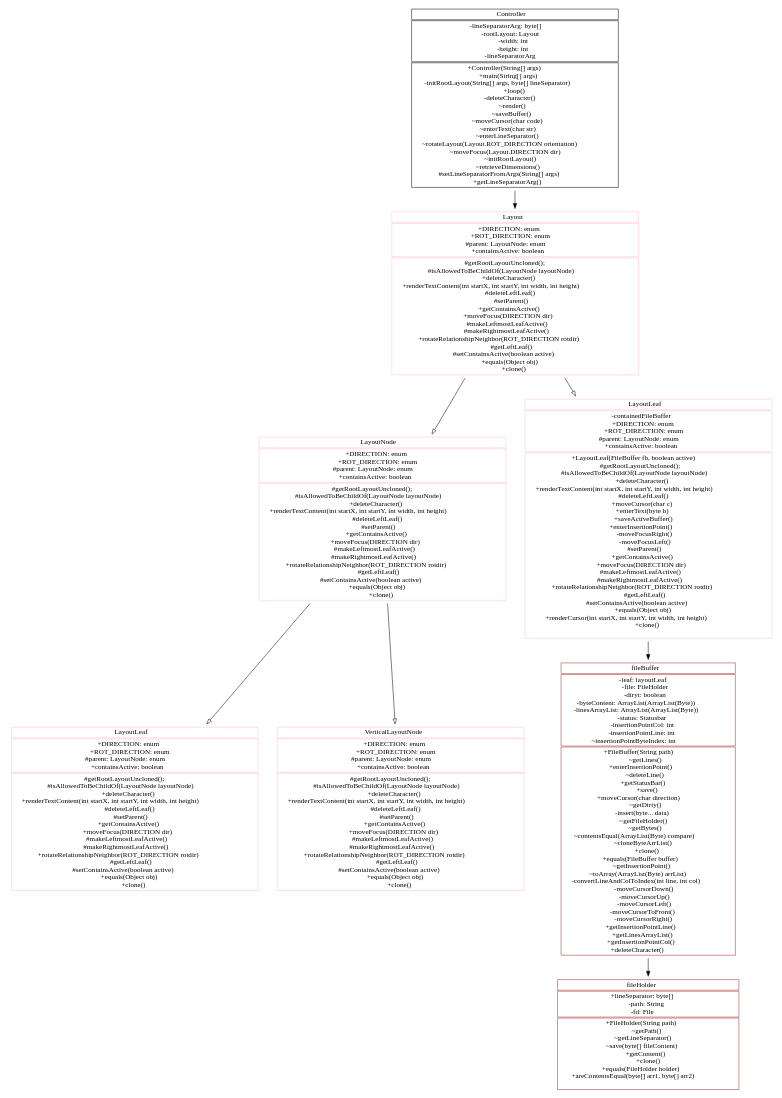
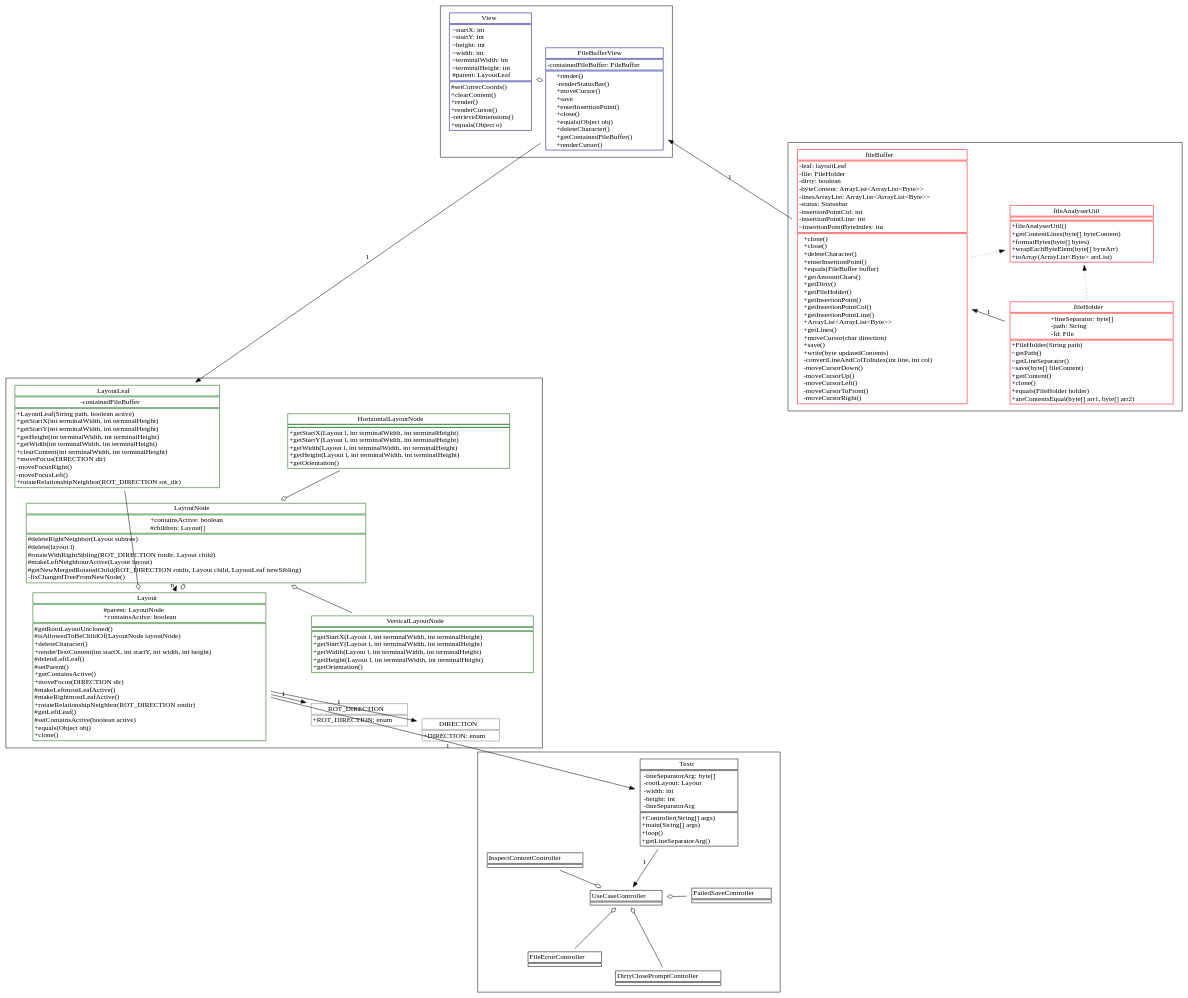
The diagram in diagrams/iteration1/class.dot (mikolaj33300/swop_textr), drawn with Graphviz before and after one commit. The commit also changed 6 other files, not shown here.

Commit message:
add: diagrams from main

```diff
--- a/diagrams/iteration1/class.dot
+++ b/diagrams/iteration1/class.dot
@@ -1,217 +1,287 @@
 digraph {
   node[shape=none]
+  comment="class Diagram"
+  layout=fdp
+  sep=0.1
+  edge[labelfontsize=20]
+  overlap=false
+  //splines=true
 
-  Layout[color=pink, label=<<table BORDER="0" CELLBORDER="1">
-    <tr><td>Layout</td></tr>
-    <tr><td>+DIRECTION: enum<br/>
-      +ROT_DIRECTION: enum<br/>
-      #parent: LayoutNode: enum<br/>
-      +containsActive: boolean</td></tr>
-    <tr><td>#getRootLayoutUncloned();<br/>
-      #isAllowedToBeChildOf(LayoutNode layoutNode)<br/>
-      +deleteCharacter()<br/>
-      +renderTextContent(int startX, int startY, int width, int height)<br/>
-      #deleteLeftLeaf()<br/>
-      #setParent()<br/>
-      +getContainsActive()<br/>
-      +moveFocus(DIRECTION dir)<br/>
-      #makeLeftmostLeafActive()<br/>
-      #makeRightmostLeafActive()<br/>
-      +rotateRelationshipNeighbor(ROT_DIRECTION rotdir)<br/>
-      #getLeftLeaf()<br/>
-      #setContainsActive(boolean active)<br/>
-      +equals(Object obj)<br/>
-      +clone()</td></tr>
-    </table>>]
+subgraph clusterlayout {
+rank=same
+Layout[color=darkgreen, label=<<table BORDER="0" CELLBORDER="1"><tr><td BALIGN="LEFT">
+Layout
+</td></tr><tr><td BALIGN="LEFT">
+#parent: LayoutNode<br ALIGN="LEFT"/>
++containsActive: boolean
+</td></tr><tr><td BALIGN="LEFT">
+#getRootLayoutUncloned()<br ALIGN="LEFT"/>
+#isAllowedToBeChildOf(LayoutNode layoutNode)<br ALIGN="LEFT"/>
++deleteCharacter()<br ALIGN="LEFT"/>
++renderTextContent(int startX, int startY, int width, int height)<br ALIGN="LEFT"/> 
+#deleteLeftLeaf()<br ALIGN="LEFT"/>
+#setParent()<br ALIGN="LEFT"/>
++getContainsActive()<br ALIGN="LEFT"/>
++moveFocus(DIRECTION dir)<br ALIGN="LEFT"/>
+#makeLeftmostLeafActive()<br ALIGN="LEFT"/>
+#makeRightmostLeafActive()<br ALIGN="LEFT"/>
++rotateRelationshipNeighbor(ROT_DIRECTION rotdir)<br ALIGN="LEFT"/>
+#getLeftLeaf()<br ALIGN="LEFT"/>
+#setContainsActive(boolean active)<br ALIGN="LEFT"/>
++equals(Object obj)<br ALIGN="LEFT"/>
++clone()
+</td></tr></table>>]
 
-  LayoutNode[color=pink, label=<<table BORDER="0" CELLBORDER="1">
-    <tr><td>LayoutNode</td></tr>
-    <tr><td>+DIRECTION: enum<br/>
-      +ROT_DIRECTION: enum<br/>
-      #parent: LayoutNode: enum<br/>
-      +containsActive: boolean</td></tr>
-    <tr><td>#getRootLayoutUncloned();<br/>
-      #isAllowedToBeChildOf(LayoutNode layoutNode)<br/>
-      +deleteCharacter()<br/>
-      +renderTextContent(int startX, int startY, int width, int height)<br/>
-      #deleteLeftLeaf()<br/>
-      #setParent()<br/>
-      +getContainsActive()<br/>
-      +moveFocus(DIRECTION dir)<br/>
-      #makeLeftmostLeafActive()<br/>
-      #makeRightmostLeafActive()<br/>
-      +rotateRelationshipNeighbor(ROT_DIRECTION rotdir)<br/>
-      #getLeftLeaf()<br/>
-      #setContainsActive(boolean active)<br/>
-      +equals(Object obj)<br/>
-      +clone()</td></tr>
-    </table>>]
+LayoutNode[color=darkgreen, label=<<table BORDER="0" CELLBORDER="1"><tr><td BALIGN="LEFT">
+LayoutNode
+</td></tr><tr><td BALIGN="LEFT">
++containsActive: boolean<br ALIGN="LEFT"/>
+#children: Layout[]
+</td></tr><tr><td BALIGN="LEFT">
+#deleteRightNeighbor(Layout subtree)<br ALIGN="LEFT"/>
+#delete(layout l)<br ALIGN="LEFT"/>
+#rotateWithRightSibling(ROT_DIRECTION rotdir, Layout child)<br ALIGN="LEFT"/>
+#makeLeftNeighbourActive(Layout layout)<br ALIGN="LEFT"/>
+#getNewMergedRotatedChild(ROT_DIRECTION rotdir, Layout child, LayoutLeaf newSibling)<br ALIGN="LEFT"/>
+-fixChangedTreeFromNewNode()
+</td></tr></table>>]
 
-  LayoutLeaf[color=pink, label=<<table BORDER="0" CELLBORDER="1">
-    <tr><td>LayoutLeaf</td></tr>
-    <tr><td>-containedFileBuffer<br/>
-    +DIRECTION: enum<br/>
-      +ROT_DIRECTION: enum<br/>
-      #parent: LayoutNode: enum<br/>
-      +containsActive: boolean</td></tr>
-    <tr><td>+LayoutLeaf(FileBuffer fb, boolean active)<br/>
-      #getRootLayoutUncloned();<br/>
-      #isAllowedToBeChildOf(LayoutNode layoutNode)<br/>
-      +deleteCharacter()<br/>
-      +renderTextContent(int startX, int startY, int width, int height)<br/>
-      #deleteLeftLeaf()<br/>
-      +moveCursor(char c)<br/>
-      +enterText(byte b)<br/>
-      +saveActiveBuffer()<br/>
-      +enterInsertionPoint()<br/>
-      -moveFocusRight()<br/>
-      -moveFocusLeft()<br/>
-      #setParent()<br/>
-      +getContainsActive()<br/>
-      +moveFocus(DIRECTION dir)<br/>
-      #makeLeftmostLeafActive()<br/>
-      #makeRightmostLeafActive()<br/>
-      +rotateRelationshipNeighbor(ROT_DIRECTION rotdir)<br/>
-      #getLeftLeaf()<br/>
-      #setContainsActive(boolean active)<br/>
-      +equals(Object obj)<br/>
-      +renderCursor(int startX, int startY, int width, int height)<br/>
-      +clone()<br/>
-      </td></tr>
-    </table>>]
+LayoutLeaf[color=darkgreen, label=<<table BORDER="0" CELLBORDER="1"><tr><td BALIGN="LEFT">
+LayoutLeaf
+</td></tr><tr><td BALIGN="LEFT">
+-containedFileBuffer<br ALIGN="LEFT"/>
+</td></tr><tr><td BALIGN="LEFT">
++LayoutLeaf(String path, boolean active)<br ALIGN="LEFT"/>
++getStartX(int terminalWidth, int terminalHeight)<br ALIGN="LEFT"/>
++getStartY(int terminalWidth, int terminalHeight)<br ALIGN="LEFT"/>
++getHeight(int terminalWidth, int terminalHeight)<br ALIGN="LEFT"/>
++getWidth(int terminalWidth, int terminalHeight)<br align="left"/>
++clearContent(int terminalWidth, int terminalHeight)<br align="left"/>
++moveFocus(DIRECTION dir)<br align="left"/>
+-moveFocusRight()<br align="left"/>
+-moveFocusLeft()<br align="left"/>
++rotateRelationshipNeighbor(ROT_DIRECTION rot_dir)
+</td></tr></table>>]
 
-  LayoutNodeHorizontal[color=pink, label=<<table BORDER="0" CELLBORDER="1">
-    <tr><td>LayoutLeaf</td></tr>
-    <tr><td>+DIRECTION: enum<br/>
-      +ROT_DIRECTION: enum<br/>
-      #parent: LayoutNode: enum<br/>
-      +containsActive: boolean</td></tr>
-    <tr><td>#getRootLayoutUncloned();<br/>
-      #isAllowedToBeChildOf(LayoutNode layoutNode)<br/>
-      +deleteCharacter()<br/>
-      +renderTextContent(int startX, int startY, int width, int height)<br/>
-      #deleteLeftLeaf()<br/>
-      #setParent()<br/>
-      +getContainsActive()<br/>
-      +moveFocus(DIRECTION dir)<br/>
-      #makeLeftmostLeafActive()<br/>
-      #makeRightmostLeafActive()<br/>
-      +rotateRelationshipNeighbor(ROT_DIRECTION rotdir)<br/>
-      #getLeftLeaf()<br/>
-      #setContainsActive(boolean active)<br/>
-      +equals(Object obj)<br/>
-      +clone()</td></tr>
-    </table>>]
+LayoutNodeHorizontal[color=darkgreen, label=<<table BORDER="0" CELLBORDER="1" CELLSPACING="0"><tr><td BALIGN="LEFT">
+HorizontalLayoutNode
+</td></tr><tr><td BALIGN="LEFT">
+</td></tr><tr><td BALIGN="LEFT">
++getStartX(Layout l, int terminalWidth, int terminalHeight)<br ALIGN="LEFT"/>
++getStartY(Layout l, int terminalWidth, int terminalHeight)<br ALIGN="LEFT"/>
++getWidth(Layout l, int terminalWidth, int terminalHeight)<br ALIGN="LEFT"/>
++getHeight(Layout l, int terminalWidth, int terminalHeight)<br ALIGN="LEFT"/>
++getOrientation()
+</td></tr></table>>]
   
-  LayoutNodeVertical[color=pink, label=<<table BORDER="0" CELLBORDER="1">
-    <tr><td>VerticalLayoutNode</td></tr>
-    <tr><td>+DIRECTION: enum<br/>
-      +ROT_DIRECTION: enum<br/>
-      #parent: LayoutNode: enum<br/>
-      +containsActive: boolean</td></tr>
-    <tr><td>#getRootLayoutUncloned();<br/>
-      #isAllowedToBeChildOf(LayoutNode layoutNode)<br/>
-      +deleteCharacter()<br/>
-      +renderTextContent(int startX, int startY, int width, int height)<br/>
-      #deleteLeftLeaf()<br/>
-      #setParent()<br/>
-      +getContainsActive()<br/>
-      +moveFocus(DIRECTION dir)<br/>
-      #makeLeftmostLeafActive()<br/>
-      #makeRightmostLeafActive()<br/>
-      +rotateRelationshipNeighbor(ROT_DIRECTION rotdir)<br/>
-      #getLeftLeaf()<br/>
-      #setContainsActive(boolean active)<br/>
-      +equals(Object obj)<br/>
-      +clone()</td></tr>
-    </table>>]
+LayoutNodeVertical[color=darkgreen, label=<<table BORDER="0" CELLBORDER="1"><tr><td BALIGN="LEFT">
+VerticalLayoutNode
+</td></tr><tr><td BALIGN="LEFT">
+</td></tr><tr><td BALIGN="LEFT">
++getStartX(Layout l, int terminalWidth, int terminalHeight)<br ALIGN="LEFT"/>
++getStartY(Layout l, int terminalWidth, int terminalHeight)<br ALIGN="LEFT"/>
++getWidth(Layout l, int terminalWidth, int terminalHeight)<br ALIGN="LEFT"/>
++getHeight(Layout l, int terminalWidth, int terminalHeight)<br ALIGN="LEFT"/>
++getOrientation()
+</td></tr></table>>]
 
-  fileBuffer[color=brown, label=<<table BORDER="0" CELLBORDER="1">
-    <tr><td>fileBuffer</td></tr>
-    <tr><td>-leaf: layoutLeaf<br/>
-      -file: FileHolder<br/>
-      -diryt: boolean<br/>
-      -byteContent: ArrayList(ArrayList(Byte))<br/>
-      -linesArrayList: ArrayList(ArrayList(Byte))<br/>
-      -status: Statusbar<br/>
-      -insertionPointCol: int<br/>
-      -insertionPointLine: int<br/>
-      ~insertionPointByteIndex: int
-    </td></tr>
-    <tr><td>+FileBuffer(String path)<br/>
-      ~getLines()<br/>
-      +enterInsertionPoint()<br/>
-      ~deleteLine()<br/>
-      +getStatusBar()<br/>
-      +save()<br/>
-      +moveCursor(char direction)<br/>
-      ~getDirty()<br/>
-      -insert(byte... data)<br/>
-      ~getFileHolder()<br/>
-      ~getBytes()<br/>
-      ~contentsEqual(ArrayList(Byte) compare)<br/>
-      ~cloneByteArrList()<br/>
-      +clone()<br/>
-      +equals(FileBuffer buffer)<br/>
-      ~getInsertionPoint()<br/>
-      ~toArray(ArrayList(Byte) arrList)<br/>
-      -convertLineAndColToIndex(int line, int col)<br/>
-      -moveCursorDown()<br/>
-      -moveCursorUp()<br/>
-      -moveCursorLeft()<br/>
-      -moveCursorToFront()<br/>
-      -moveCursorRight()<br/>
-      +getInsertionPointLine()<br/>
-      +getLinesArrayList()<br/>
-      +getInsertionPointCol()<br/>
-      +deleteCharacter()
-    </td></tr>
-    </table>>]
+rotDirection[color=grey, label=<<table BORDER="0" CELLBORDER="1"><tr><td BALIGN="LEFT">
+ROT_DIRECTION
+</td></tr><tr><td BALIGN="LEFT">
++ROT_DIRECTION: enum
+</td></tr></table>>]
 
-  controller[color=black, label=<<table BORDER="0" CELLBORDER="1">
-    <tr><td>Controller</td></tr>
-    <tr><td>-lineSeparatorArg: byte[]<br/>
-      -rootLayout: Layout<br/>
-      -width: int<br/>
-      -height: int<br/>
-      -lineSeparatorArg</td></tr>
-    <tr><td>+Controller(String[] args)<br/>
-      +main(String[] args)<br/>
-      -initRootLayout(String[] args, byte[] lineSeparator)<br/>
-      +loop()<br/>
-      -deleteCharacter()<br/>
-      ~render()<br/>
-      ~saveBuffer()<br/>
-      ~moveCursor(char code)<br/>
-      ~enterText(char str)<br/>
-      ~enterLineSeparator()<br/>
-      ~rotateLayout(Layout.ROT_DIRECTION orientation)<br/>
-      ~moveFocus(Layout.DIRECTION dir)<br/>
-      ~initRootLayout()<br/>
-      ~retrieveDimensions()<br/>
-      #setLineSeparatorFromArgs(String[] args)<br/>
-      +getLineSeparatorArg()</td></tr>
-    </table>>]
+direction[color=grey, label=<<table BORDER="0" CELLBORDER="1"><tr><td BALIGN="LEFT">
+DIRECTION
+</td></tr><tr><td BALIGN="LEFT">
++DIRECTION: enum
+</td></tr></table>>]
 
-    fileHolder[color=brown, label=<<table BORDER="0" CELLBORDER="1"><tr><td>
-        fileHolder
-      </td></tr><tr><td>
-        +lineSeparator: byte[]<br/>
-        -path: String<br/>
-        -fd: File
-      </td></tr><tr><td>
-        +FileHolder(String path)<br/>
-        ~getPath()<br/>
-        ~getLineSeparator()<br/>
-        ~save(byte[] fileContent)<br/>
-        +getContent()<br/>
-        +clone()<br/>
-        +equals(FileHolder holder)<br/>
-        +areContentsEqual(byte[] arr1, byte[] arr2)<br/>
-      </td></tr></table>>]
+  {LayoutNode, LayoutLeaf} -> Layout[arrowhead=odiamond]
+  LayoutNode -> LayoutLeaf[style=invis]
+direction -> rotDirection[style=invis]
+}
 
-  controller -> Layout 
-  Layout -> {LayoutNode, LayoutLeaf}[arrowhead=onormal]
-  LayoutNode -> {LayoutNodeHorizontal, LayoutNodeVertical}[arrowhead=onormal]
-  LayoutLeaf -> fileBuffer -> fileHolder
+subgraph clusterfile {
+fileBuffer[color=red, label=<<table BORDER="0" CELLBORDER="1">
+<tr><td BALIGN="LEFT">
+fileBuffer
+</td></tr><tr><td BALIGN="LEFT">
+-leaf: layoutLeaf<br ALIGN="LEFT"/>
+-file: FileHolder<br ALIGN="LEFT"/>
+-dirty: boolean<br ALIGN="LEFT"/>
+-byteContent: ArrayList&lt;ArrayList&lt;Byte&gt;&gt;<br ALIGN="LEFT"/>
+-linesArrayList: ArrayList&lt;ArrayList&lt;Byte&gt;&gt;<br ALIGN="LEFT"/>
+-status: Statusbar<br ALIGN="LEFT"/>
+-insertionPointCol: int<br ALIGN="LEFT"/>
+-insertionPointLine: int<br ALIGN="LEFT"/>
+~insertionPointByteIndex: int
+</td></tr><tr><td BALIGN="LEFT">
++clone()<br ALIGN="LEFT"/>
++close()<br ALIGN="LEFT"/>
++deleteCharacter()<br ALIGN="LEFT"/>
++enterInsertionPoint()<br ALIGN="LEFT"/>
++equals(FileBuffer buffer)<br ALIGN="LEFT"/>
++getAmountChars()<br ALIGN="LEFT"/>
++getDirty()<br ALIGN="LEFT"/>
++getFileHolder()<br ALIGN="LEFT"/>
++getInsertionPoint()<br ALIGN="LEFT"/>
++getInsertionPointCol()<br ALIGN="LEFT"/>
++getInsertionPointLine()<br ALIGN="LEFT"/>
++ArrayList&lt;ArrayList&lt;Byte&gt;&gt; <br ALIGN="LEFT"/>
++getLines()<br ALIGN="LEFT"/>
++moveCursor(char direction)<br ALIGN="LEFT"/>
++save()<br ALIGN="LEFT"/>
++write(byte updatedContents)<br ALIGN="LEFT"/>
+-convertLineAndColToIndex(int line, int col)<br ALIGN="LEFT"/>
+-moveCursorDown()<br ALIGN="LEFT"/>
+-moveCursorUp()<br ALIGN="LEFT"/>
+-moveCursorLeft()<br ALIGN="LEFT"/>
+-moveCursorToFront()<br ALIGN="LEFT"/>
+-moveCursorRight()
+</td></tr></table>>]
+
+fileHolder[color=red, label=<<table BORDER="0" CELLBORDER="1"><tr><td BALIGN="LEFT">
+fileHolder
+</td></tr><tr><td BALIGN="LEFT">
++lineSeparator: byte[]<br ALIGN="LEFT"/>
+-path: String<br ALIGN="LEFT"/>
+-fd: File
+</td></tr><tr><td BALIGN="LEFT">
++FileHolder(String path)<br ALIGN="LEFT"/>
+~getPath()<br ALIGN="LEFT"/>
+~getLineSeparator()<br ALIGN="LEFT"/>
+~save(byte[] fileContent)<br ALIGN="LEFT"/>
++getContent()<br ALIGN="LEFT"/>
++clone()<br ALIGN="LEFT"/>
++equals(FileHolder holder)<br ALIGN="LEFT"/>
++areContentsEqual(byte[] arr1, byte[] arr2)<br ALIGN="LEFT"/>
+</td></tr></table>>]
+
+fileAnalyserUtil[color=red, label=<<table BORDER="0" CELLBORDER="1"><tr><td BALIGN="LEFT">
+fileAnalyserUtil
+</td></tr><tr><td BALIGN="LEFT">
+</td></tr><tr><td BALIGN="LEFT">
++fileAnalyserUtil()<br ALIGN="LEFT"/>
++getContentLines(byte[] byteContent)<br ALIGN="LEFT"/>
++formatBytes(byte[] bytes)<br ALIGN="LEFT"/>
++wrapEachByteElem(byte[] byteArr)<br ALIGN="LEFT"/>
++toArray(ArrayList&lt;Byte&gt; arrList)
+</td></tr></table>>]
 }
+
+/*
+rotDirection[color=grey, label=<<table BORDER="0" CELLBORDER="1"><tr><td BALIGN="LEFT">
+ROT_DIRECTION
+</td></tr><tr><td BALIGN="LEFT">
++ROT_DIRECTION: enum
+</td></tr></table>>]
+
+direction[color=grey, label=<<table BORDER="0" CELLBORDER="1"><tr><td BALIGN="LEFT">
+DIRECTION
+</td></tr><tr><td BALIGN="LEFT">
++DIRECTION: enum
+</td></tr></table>>]
+*/
+
+subgraph clustercore {
+controller[color=black, label=<<table BORDER="0" CELLBORDER="1">
+<tr><td BALIGN="LEFT">
+Textr
+</td></tr><tr><td BALIGN="LEFT">
+-lineSeparatorArg: byte[]<br ALIGN="LEFT"/>
+-rootLayout: Layout<br ALIGN="LEFT"/>
+-width: int<br ALIGN="LEFT"/>
+-height: int<br ALIGN="LEFT"/>
+-lineSeparatorArg
+</td></tr><tr><td BALIGN="LEFT">
++Controller(String[] args)<br ALIGN="LEFT"/>
++main(String[] args)<br ALIGN="LEFT"/>
++loop()<br ALIGN="LEFT"/>
++getLineSeparatorArg()
+</td></tr></table>>]
+
+usecontroller[color=black, label=<<table BORDER="0" CELLBORDER="1">
+<tr><td BALIGN="LEFT">
+UseCaseController
+</td></tr><tr><td BALIGN="LEFT">
+</td></tr></table>>]
+
+DirtyClosePromptController[color=black, label=<<table BORDER="0" CELLBORDER="1">
+<tr><td BALIGN="LEFT">
+DirtyClosePromptController
+</td></tr><tr><td BALIGN="LEFT">
+</td></tr></table>>]
+
+InspectContentController[color=black, label=<<table BORDER="0" CELLBORDER="1">
+<tr><td BALIGN="LEFT">
+InspectContentController
+</td></tr><tr><td BALIGN="LEFT">
+</td></tr></table>>]
+
+FailedSaveController[color=black, label=<<table BORDER="0" CELLBORDER="1">
+<tr><td BALIGN="LEFT">
+FailedSaveController
+</td></tr><tr><td BALIGN="LEFT">
+</td></tr></table>>]
+
+FileErrorController[color=black, label=<<table BORDER="0" CELLBORDER="1">
+<tr><td BALIGN="LEFT">
+FileErrorController
+</td></tr><tr><td BALIGN="LEFT">
+</td></tr></table>>]
+
+controller -> usecontroller[label=1]
+{FailedSaveController, InspectContentController, FileErrorController, DirtyClosePromptController} -> usecontroller[arrowhead=odiamond]
+}
+
+subgraph clusterui {
+view[color=darkblue, label=<<table BORDER="0" CELLBORDER="1"><tr><td BALIGN="LEFT">
+View
+</td></tr><tr><td BALIGN="LEFT">
+~startX: int<br ALIGN="LEFT"/>
+~startY: int<br ALIGN="LEFT"/>
+~height: int<br ALIGN="LEFT"/>
+~width: int<br ALIGN="LEFT"/>
+~terminalWidth: int<br ALIGN="LEFT"/>
+~terminalHeight: int<br ALIGN="LEFT"/>
+#parent: LayoutLeaf
+</td></tr><tr><td BALIGN="LEFT">
+#setCorrecCoords()<br ALIGN="LEFT"/>
++clearContent()<br ALIGN="LEFT"/>
++render()<br ALIGN="LEFT"/>
++renderCursor()<br ALIGN="LEFT"/>
+-retrieveDimensions()<br ALIGN="LEFT"/>
++equals(Object o)
+</td></tr></table>>, pos="0,0"]
+
+FileBufferView[color=darkblue, label=<<table BORDER="0" CELLBORDER="1"><tr><td BALIGN="LEFT">
+FileBufferView
+</td></tr><tr><td BALIGN="LEFT">
+-containedFileBuffer: FileBuffer
+</td></tr><tr><td BALIGN="LEFT">
++render()<br ALIGN="LEFT"/>
+-renderStatusBar()<br ALIGN="LEFT"/>
++moveCursor()<br ALIGN="LEFT"/>
++save<br ALIGN="LEFT"/>
++enterInsertionPoint()<br ALIGN="LEFT"/>
++close()<br ALIGN="LEFT"/>
++equals(Object obj)<br ALIGN="LEFT"/>
++deleteCharacter()<br ALIGN="LEFT"/>
++getContainedFileBuffer()<br ALIGN="LEFT"/>
++renderCursor()
+</td></tr></table>>, pos="1,0"]
+FileBufferView->view[style=invis]
+}
+
+
+  Layout -> controller[label=1]
+  Layout -> LayoutNode[label=n]
+  {LayoutNodeHorizontal, LayoutNodeVertical} -> LayoutNode[arrowhead=odiamond]
+  fileHolder -> fileBuffer -> FileBufferView -> LayoutLeaf[label=1]
+  Layout -> {rotDirection, direction}[label=1]
+  FileBufferView -> view[arrowhead=odiamond]
+  {fileBuffer, fileHolder} -> fileAnalyserUtil[style=dotted]
+
+  LayoutNodeVertical->LayoutNodeHorizontal[style=invis]
+}
```
